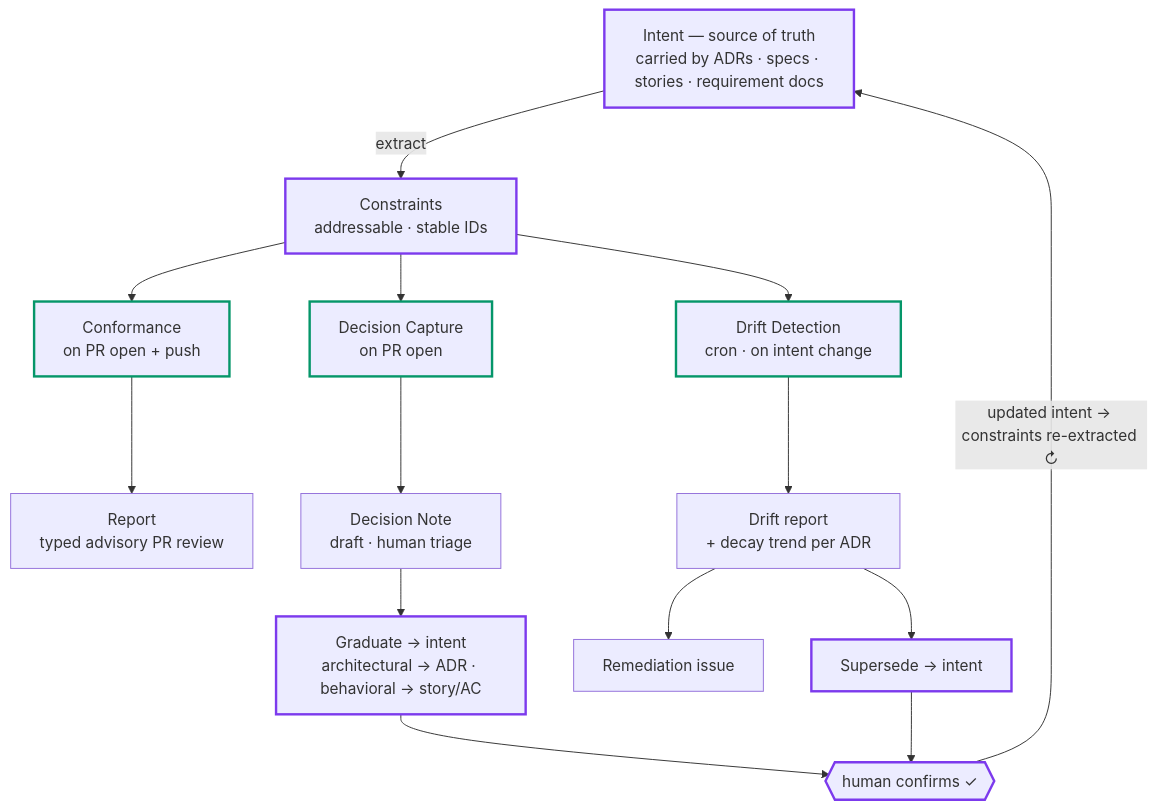
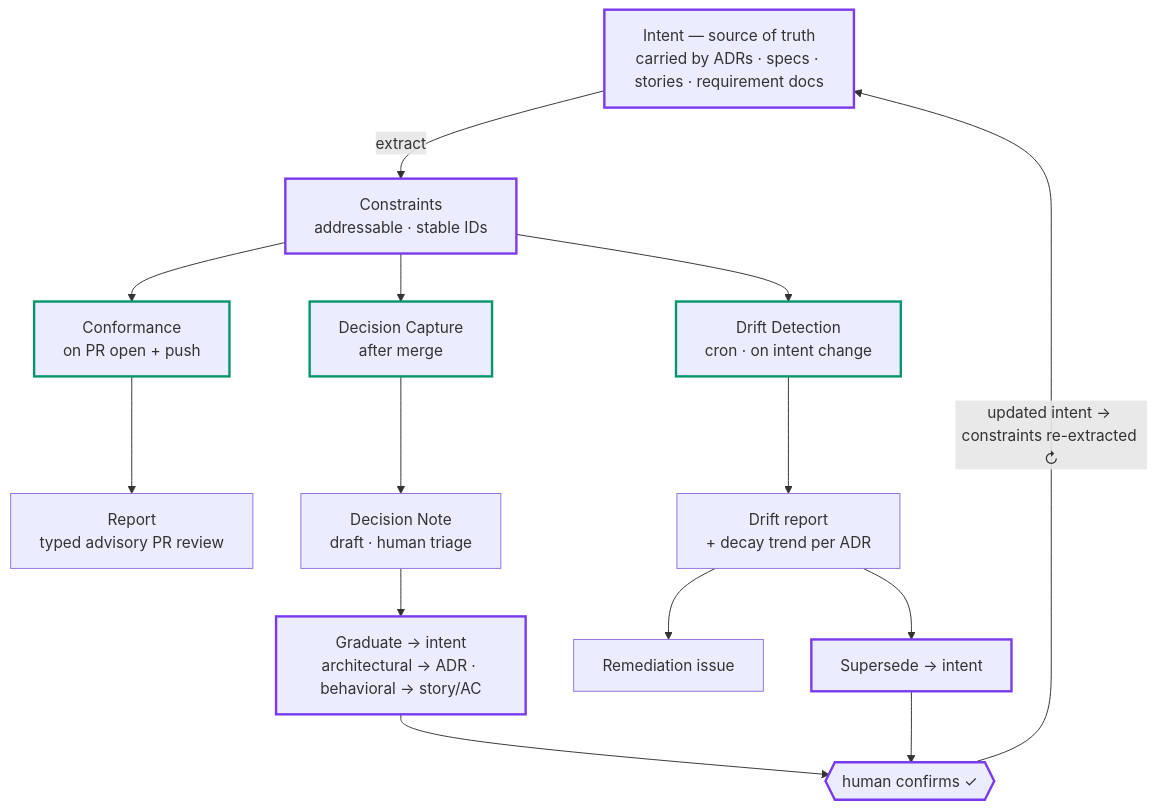
One commit to fang-lin/GlobalHack-DeliveryRadar changed the diagram in docs/requirements/delivery-radar-requirements.en.md. Above: the diagram before and after it, drawn with Mermaid. The commit also changed other lines of this file and 10 other files, not shown here.

First line of the commit message:
docs(capture): Decision Capture design — skill-driven agent on the AI SDK, after merge (ST-0005, ADR-0009)

````diff
--- a/docs/requirements/delivery-radar-requirements.en.md
+++ b/docs/requirements/delivery-radar-requirements.en.md
@@ -130,34 +130,34 @@
 ```mermaid
 flowchart TB
     I["Intent — source of truth<br/>carried by ADRs · specs · stories · requirement docs"]
     C["Constraints<br/>addressable · stable IDs"]
     CONF["Conformance<br/>on PR open + push"]
-    CAP["Decision Capture<br/>on PR open"]
+    CAP["Decision Capture<br/>after merge"]
     DRIFT["Drift Detection<br/>cron · on intent change"]
     R["Report<br/>typed advisory PR review"]
     DN["Decision Note<br/>draft · human triage"]
     DR["Drift report<br/>+ decay trend per ADR"]
     G["Graduate → intent<br/>architectural → ADR · behavioral → story/AC"]
     REM["Remediation issue"]
     SUP["Supersede → intent"]
     H{{"human confirms ✓"}}
 
     I -- extract --> C
     C --> CONF
     C --> CAP
     C --> DRIFT
     CONF --> R
     CAP --> DN
     DRIFT --> DR
     DN --> G
     DR --> REM
     DR --> SUP
     G --> H
     SUP --> H
     H -- "updated intent → constraints re-extracted ↻" --> I
 
     classDef intent stroke:#7c3aed,stroke-width:2.5px;
     class I,C,G,SUP,H intent;
     classDef op stroke:#059669,stroke-width:2.5px;
     class CONF,CAP,DRIFT op;
 ```
````
